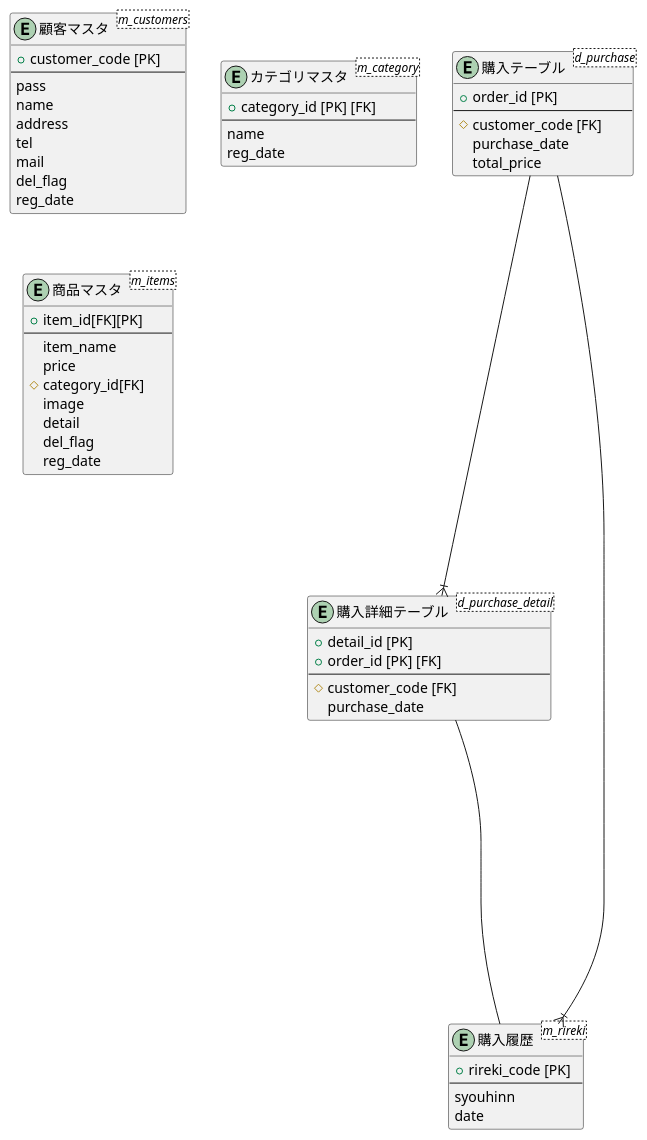
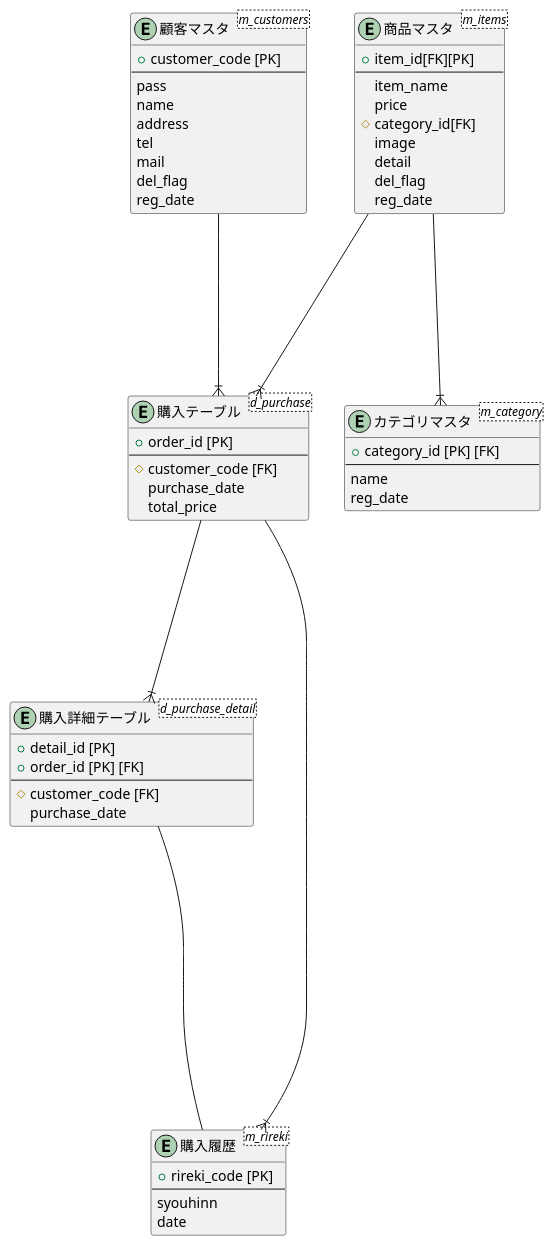
One commit to aso2001036/2021sys-design changed the diagram in db/original/ER.md. Above: the diagram before and after it, drawn with PlantUML.

````diff
--- a/db/original/ER.md
+++ b/db/original/ER.md
@@ -1,61 +1,64 @@
 ```puml
 @startuml
 entity "購入テーブル" as purchase <d_purchase> {
 + order_id [PK]
 --
 # customer_code [FK]
 purchase_date
 total_price
 }
 
 entity "購入詳細テーブル" as purcher_detail <d_purchase_detail> {
 + detail_id [PK]
 + order_id [PK] [FK]
 --
 # customer_code [FK]
 purchase_date
 }
 
 entity "顧客マスタ" as customer <m_customers> {
 + customer_code [PK]
 --
 pass
 name
 address
 tel
 mail
 del_flag
 reg_date
 }
 
 entity "購入履歴" as rireki <m_rireki> {
 + rireki_code [PK]
 --
 syouhinn
 date
 }
 
 entity "カテゴリマスタ" as category <m_category> {
 + category_id [PK] [FK]
 --
 name
 reg_date
 }
 
 entity "商品マスタ" as items <m_items> {
 + item_id[FK][PK]
 --
 item_name
 price
 # category_id[FK]
 image
 detail
 del_flag
 reg_date
 }
 
 purchase ----|{ purcher_detail
 purchase ----|{ rireki
 purcher_detail ------ rireki
+customer ----|{ purchase
+items ----|{ purchase
+items ----|{ category
 @enduml
 ```
````
